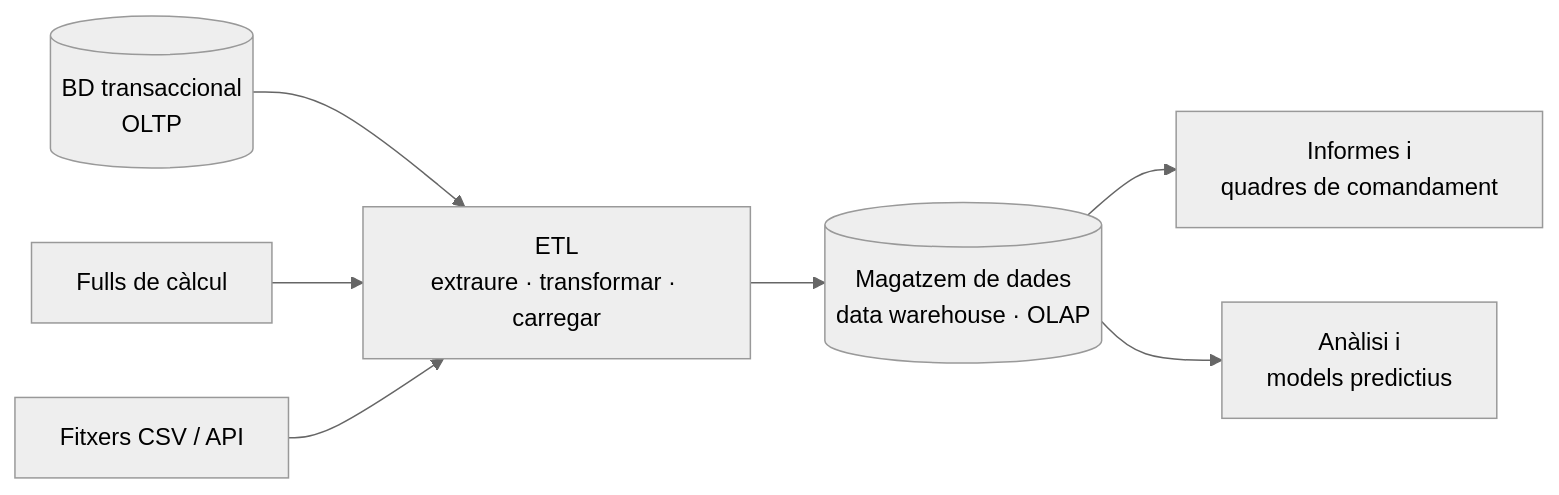
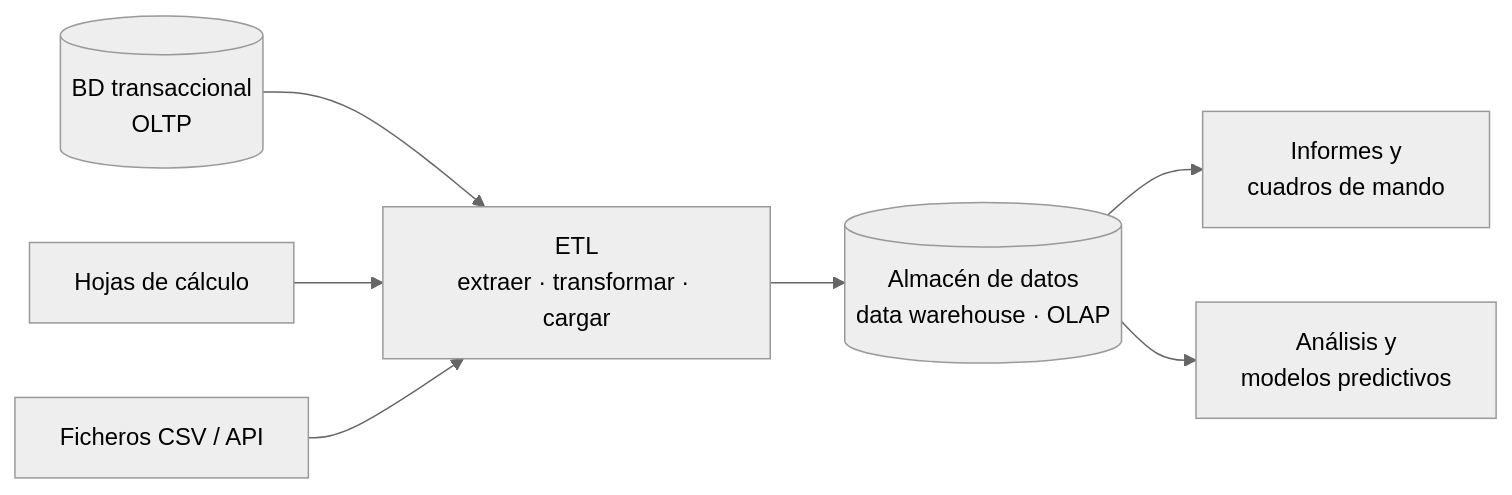
One commit to LorenaLResusta/BBDD changed the third of 3 diagrams in content.es/ud01-introduccion/ud01-teoria.md. Above: the diagram before and after it, drawn with Mermaid (neutral theme). The commit also changed other lines of this file and 80 other files, not shown here.

````diff
--- a/content.es/ud01-introduccion/ud01-teoria.md
+++ b/content.es/ud01-introduccion/ud01-teoria.md
@@ -778,9 +814,9 @@
 ```mermaid
 flowchart LR
-    A[(BD transaccional<br/>OLTP)] --> E[ETL<br/>extraure · transformar · carregar]
-    B[Fulls de càlcul] --> E
-    C[Fitxers CSV / API] --> E
-    E --> DW[(Magatzem de dades<br/>data warehouse · OLAP)]
-    DW --> R[Informes i<br/>quadres de comandament]
-    DW --> M[Anàlisi i<br/>models predictius]
+    A[(BD transaccional<br/>OLTP)] --> E[ETL<br/>extraer · transformar · cargar]
+    B[Hojas de cálculo] --> E
+    C[Ficheros CSV / API] --> E
+    E --> DW[(Almacén de datos<br/>data warehouse · OLAP)]
+    DW --> R[Informes y<br/>cuadros de mando]
+    DW --> M[Análisis y<br/>modelos predictivos]
 ```
````
